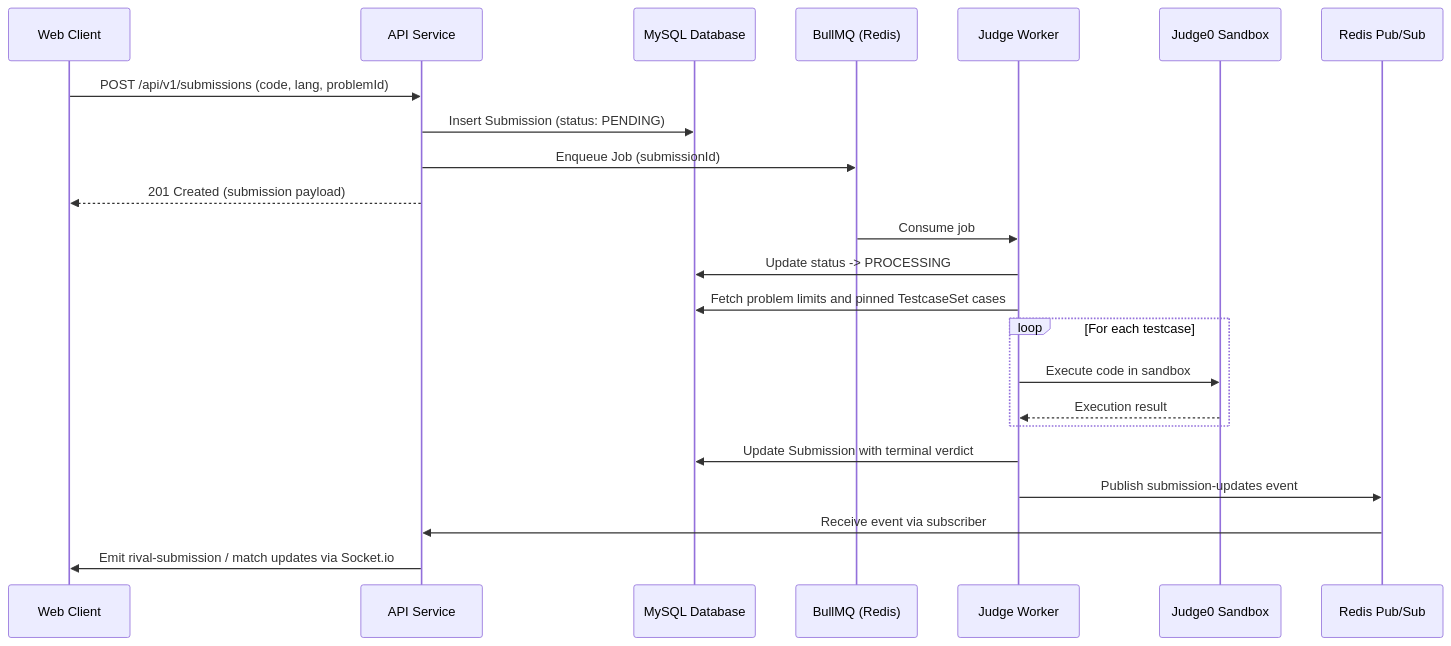
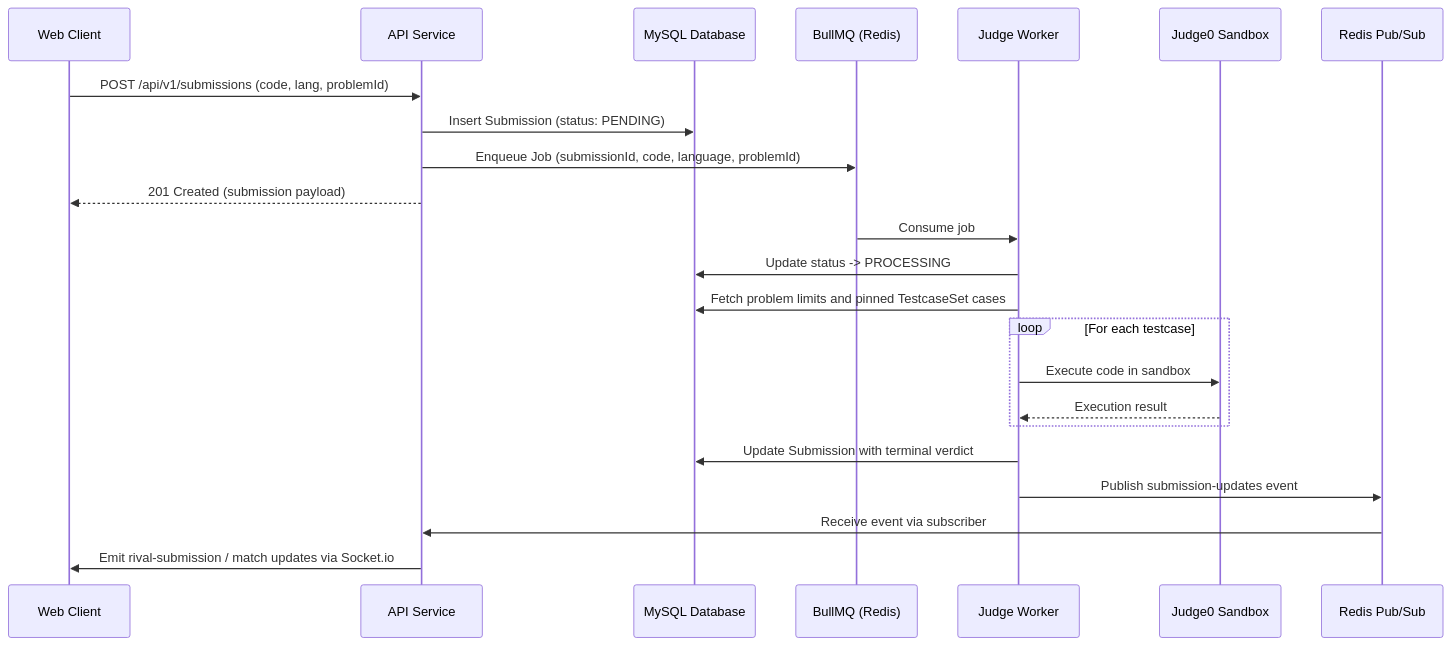
Before and after one commit to jack1e2401/fessior: the diagram in docs/judging-pipeline.md, drawn with Mermaid. The commit also changed 24 other files, not shown here.

````diff
--- a/docs/judging-pipeline.md
+++ b/docs/judging-pipeline.md
@@ -11,27 +11,27 @@
 ```mermaid
 sequenceDiagram
   participant Client as Web Client
   participant API as API Service
   participant MySQL as MySQL Database
   participant Queue as BullMQ (Redis)
   participant Worker as Judge Worker
   participant Judge0 as Judge0 Sandbox
   participant PubSub as Redis Pub/Sub
 
   Client->>API: POST /api/v1/submissions (code, lang, problemId)
   API->>MySQL: Insert Submission (status: PENDING)
-  API->>Queue: Enqueue Job (submissionId)
+  API->>Queue: Enqueue Job (submissionId, code, language, problemId)
   API-->>Client: 201 Created (submission payload)
 
   Queue->>Worker: Consume job
   Worker->>MySQL: Update status -> PROCESSING
   Worker->>MySQL: Fetch problem limits and pinned TestcaseSet cases
   loop For each testcase
     Worker->>Judge0: Execute code in sandbox
     Judge0-->>Worker: Execution result
   end
   Worker->>MySQL: Update Submission with terminal verdict
   Worker->>PubSub: Publish submission-updates event
   PubSub->>API: Receive event via subscriber
   API->>Client: Emit rival-submission / match updates via Socket.io
 ```
````
